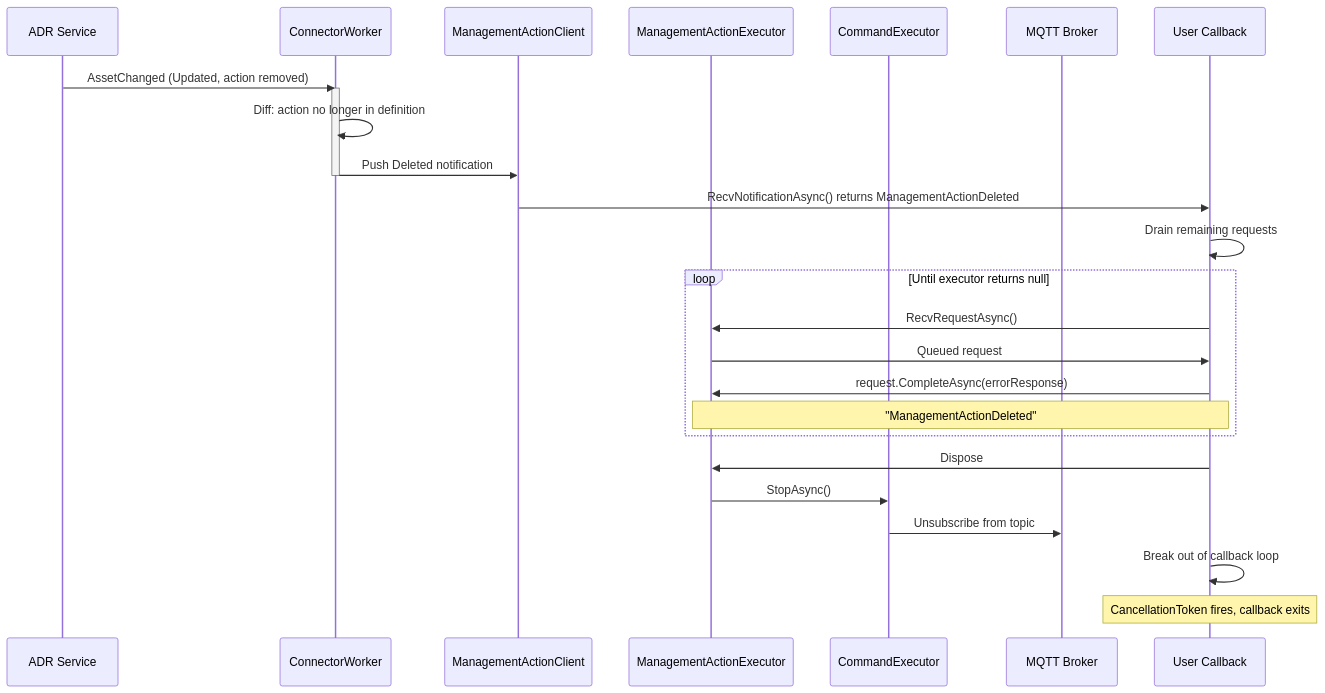
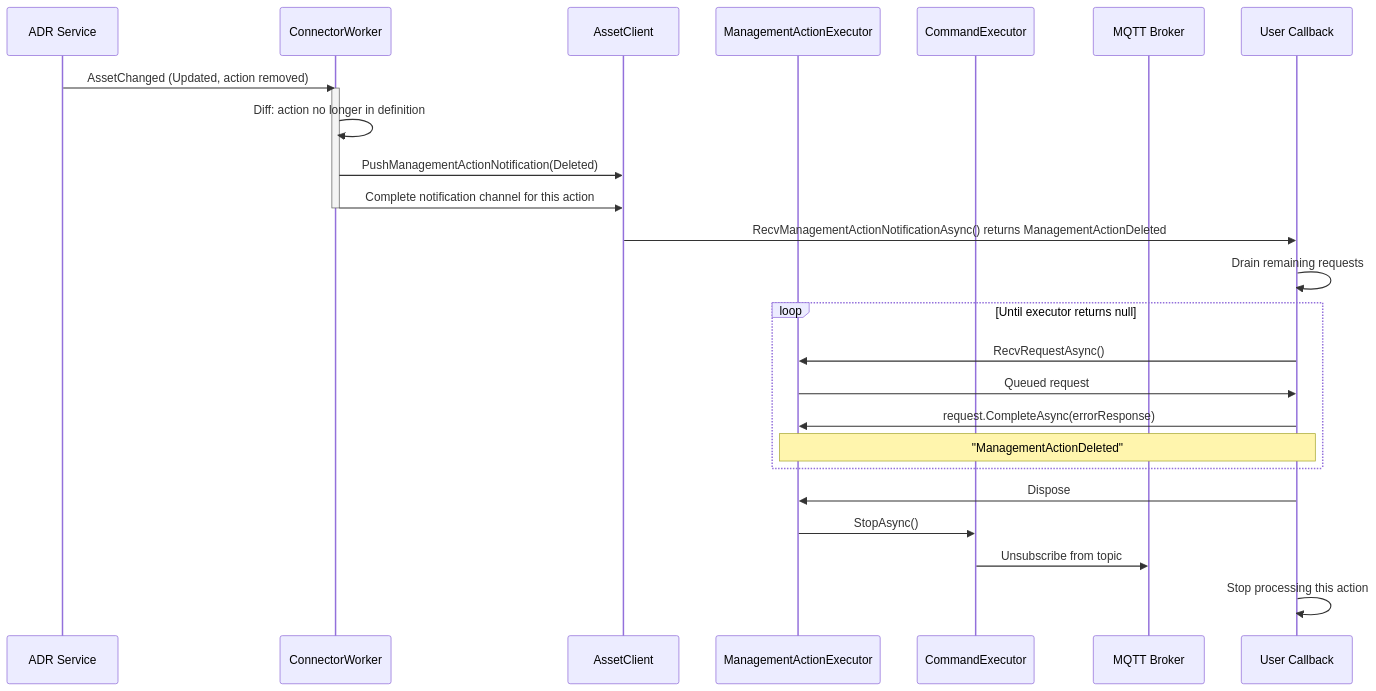
One commit to Azure/iot-operations-sdks changed the eighth of 10 diagrams in doc/dev/tmp/management-action-implementation-design.md. Above: the diagram before and after it, drawn with Mermaid. The commit also changed other lines of this file and 2 other files, not shown here.

Commit message:
Refactor management action support in .NET SDK

````diff
--- a/doc/dev/tmp/management-action-implementation-design.md
+++ b/doc/dev/tmp/management-action-implementation-design.md
@@ -824,33 +758,33 @@
 ```mermaid
 sequenceDiagram
     participant ADR as ADR Service
     participant CW as ConnectorWorker
-    participant MAC as ManagementActionClient
+    participant AC as AssetClient
     participant MAE as ManagementActionExecutor
     participant CE as CommandExecutor
     participant MQTT as MQTT Broker
     participant User as User Callback
 
     ADR->>CW: AssetChanged (Updated, action removed)
     activate CW
     CW->>CW: Diff: action no longer in definition
-    CW->>MAC: Push Deleted notification
+    CW->>AC: PushManagementActionNotification(Deleted)
+    CW->>AC: Complete notification channel for this action
     deactivate CW
 
-    MAC->>User: RecvNotificationAsync() returns ManagementActionDeleted
+    AC->>User: RecvManagementActionNotificationAsync() returns ManagementActionDeleted
 
     User->>User: Drain remaining requests
     loop Until executor returns null
         User->>MAE: RecvRequestAsync()
         MAE->>User: Queued request
         User->>MAE: request.CompleteAsync(errorResponse)
         Note over User,MAE: "ManagementActionDeleted"
     end
 
     User->>MAE: Dispose
     MAE->>CE: StopAsync()
     CE->>MQTT: Unsubscribe from topic
 
-    User->>User: Break out of callback loop
-    Note over User: CancellationToken fires, callback exits
+    User->>User: Stop processing this action
 ```
````
